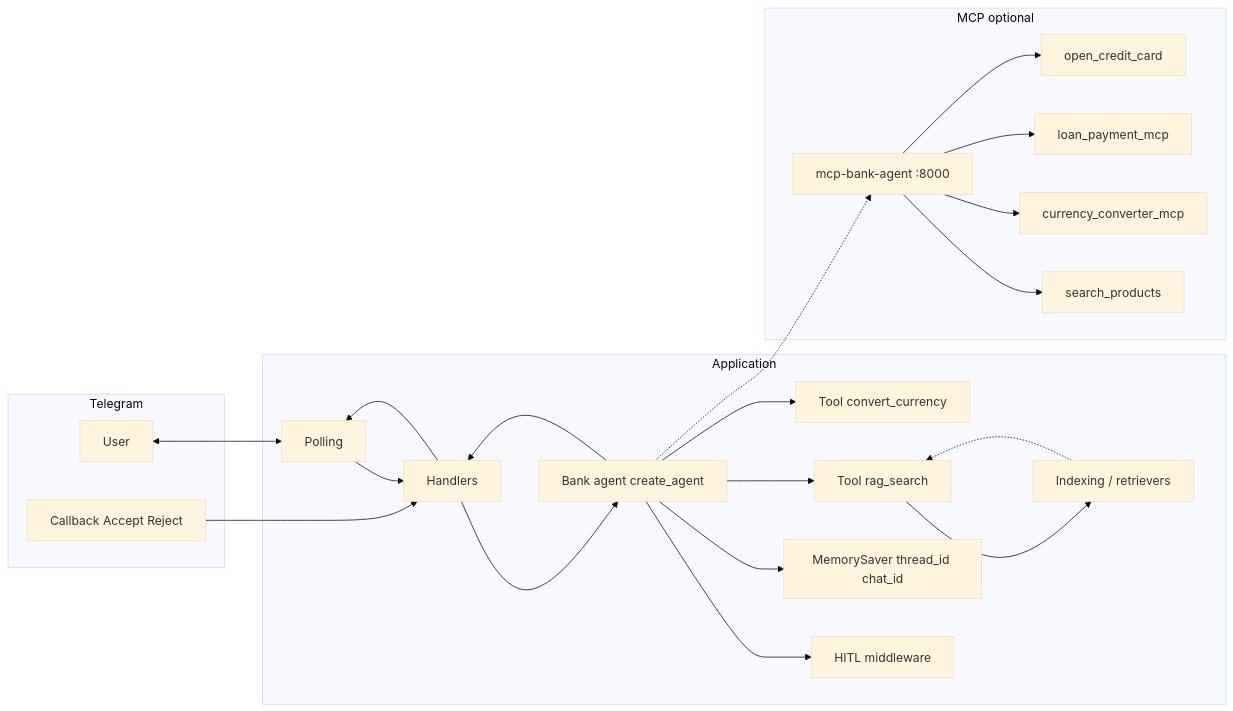
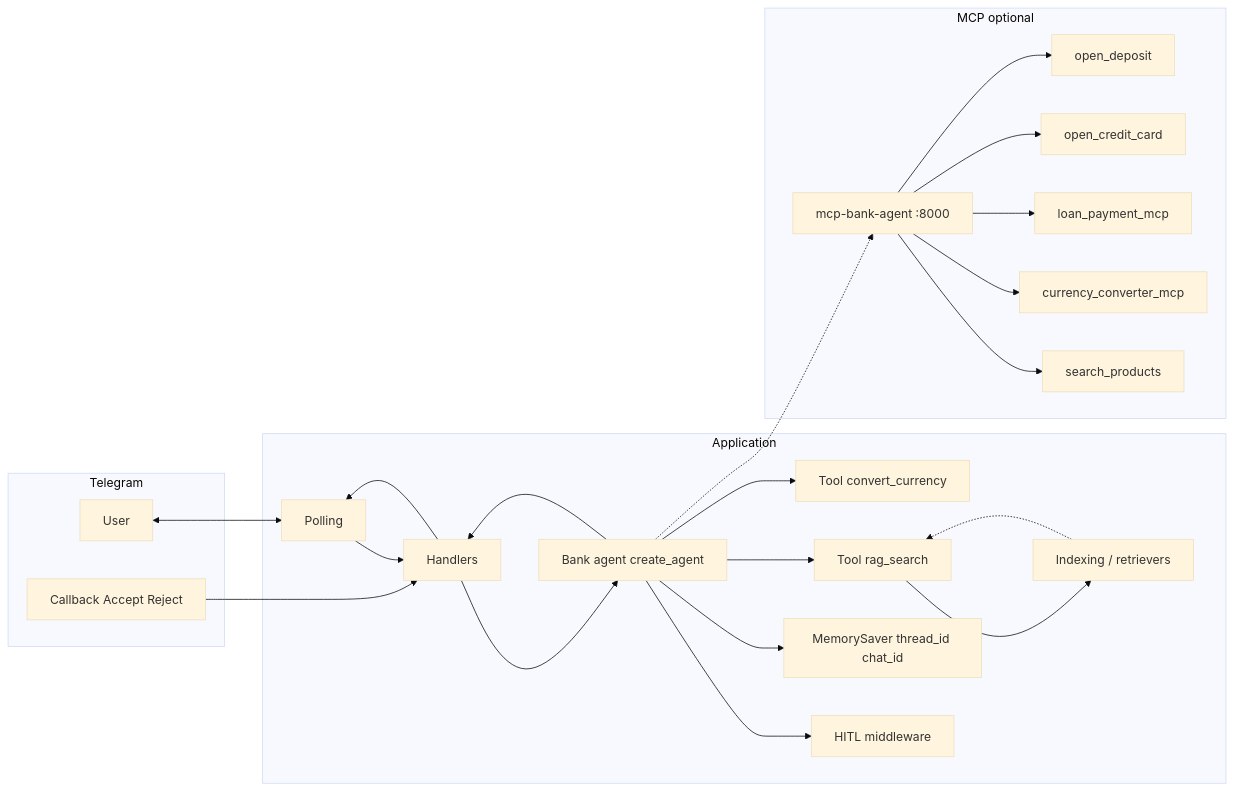
The diagram in 09-security/docs/vision.md (apfisenko/ai-agents), drawn with Mermaid (base theme) before and after one commit. The commit also changed other lines of this file and 9 other files, not shown here.

````diff
--- a/09-security/docs/vision.md
+++ b/09-security/docs/vision.md
@@ -146,41 +146,43 @@
 ```mermaid
 flowchart LR
   subgraph tg [Telegram]
     User[User]
     CB[Callback Accept Reject]
   end
   subgraph app [Application]
     Poll[Polling]
     H[Handlers]
     BA[Bank agent create_agent]
     HITL[HITL middleware]
     Mem[MemorySaver thread_id chat_id]
     Idx[Indexing / retrievers]
     RAG[Tool rag_search]
     FX[Tool convert_currency]
   end
   subgraph mcp [MCP optional]
     MCP[mcp-bank-agent :8000]
     SP[search_products]
     FXM[currency_converter_mcp]
     LPM[loan_payment_mcp]
     OCC[open_credit_card]
+    ODP[open_deposit]
   end
   User <--> Poll
   Poll --> H
   CB --> H
   H --> BA
   BA --> HITL
   BA --> Mem
   BA --> RAG
   BA --> FX
   BA -.-> MCP
   MCP --> SP
   MCP --> FXM
   MCP --> LPM
   MCP --> OCC
+  MCP --> ODP
   RAG --> Idx
   Idx -.-> RAG
   BA --> H
   H --> Poll
 ```
````
